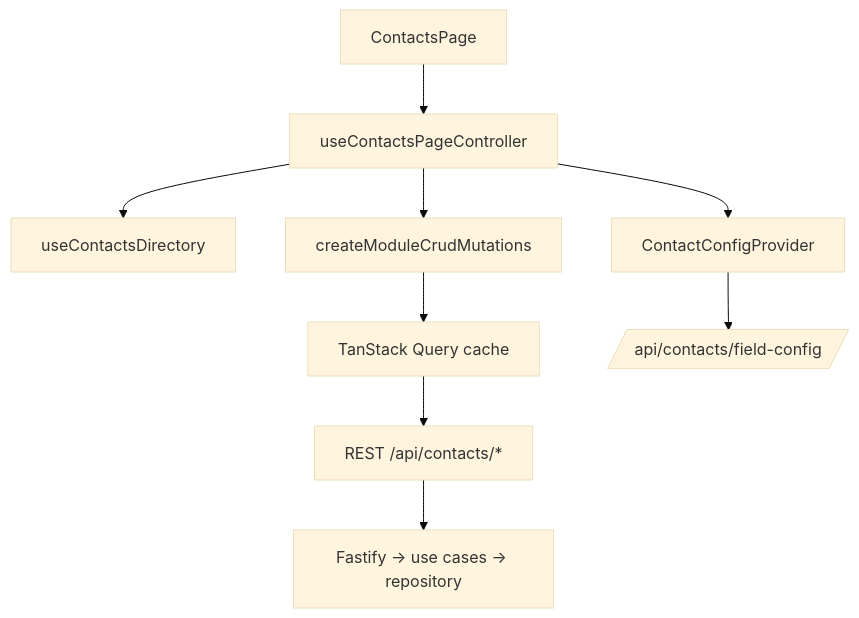
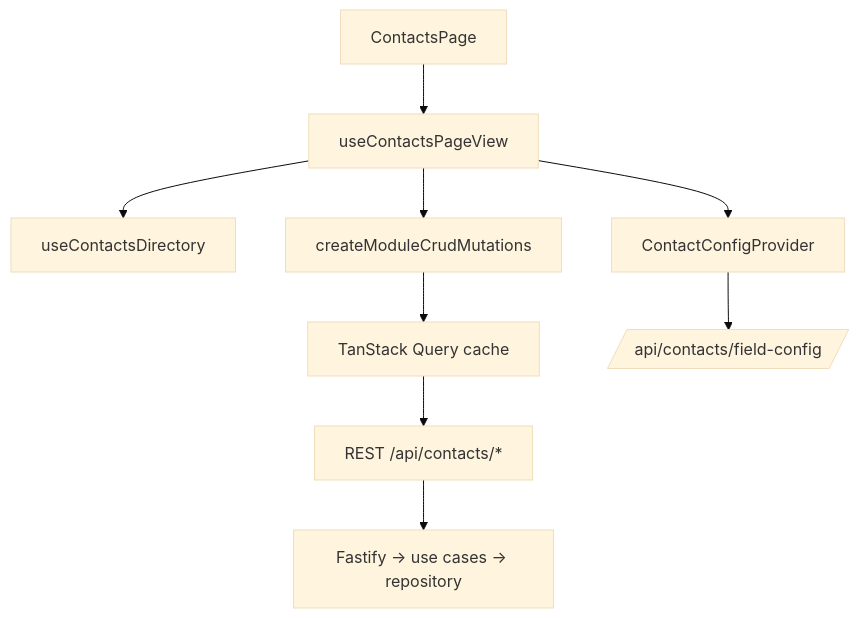
One commit to TechMireSolutions/mms changed the second of 2 diagrams in docs/contacts-architectural-summary.md. Above: the diagram before and after it, drawn with Mermaid (base theme). The commit also changed other lines of this file and 555 other files, not shown here.

````diff
--- a/docs/contacts-architectural-summary.md
+++ b/docs/contacts-architectural-summary.md
@@ -73,11 +73,11 @@
 ```mermaid
 graph TD
-    CONTACTS_PAGE[ContactsPage] --> CONTROLLER[useContactsPageController]
+    CONTACTS_PAGE[ContactsPage] --> CONTROLLER[useContactsPageView]
     CONTROLLER --> DIRECTORY[useContactsDirectory]
     CONTROLLER --> MUTATIONS[createModuleCrudMutations]
     CONTROLLER --> CONFIG[ContactConfigProvider]
     MUTATIONS --> QUERY[TanStack Query cache]
     CONFIG --> FIELD_CONFIG[/api/contacts/field-config/]
     QUERY --> API[REST /api/contacts/*]
     API --> BACKEND[Fastify → use cases → repository]
 ```
````
